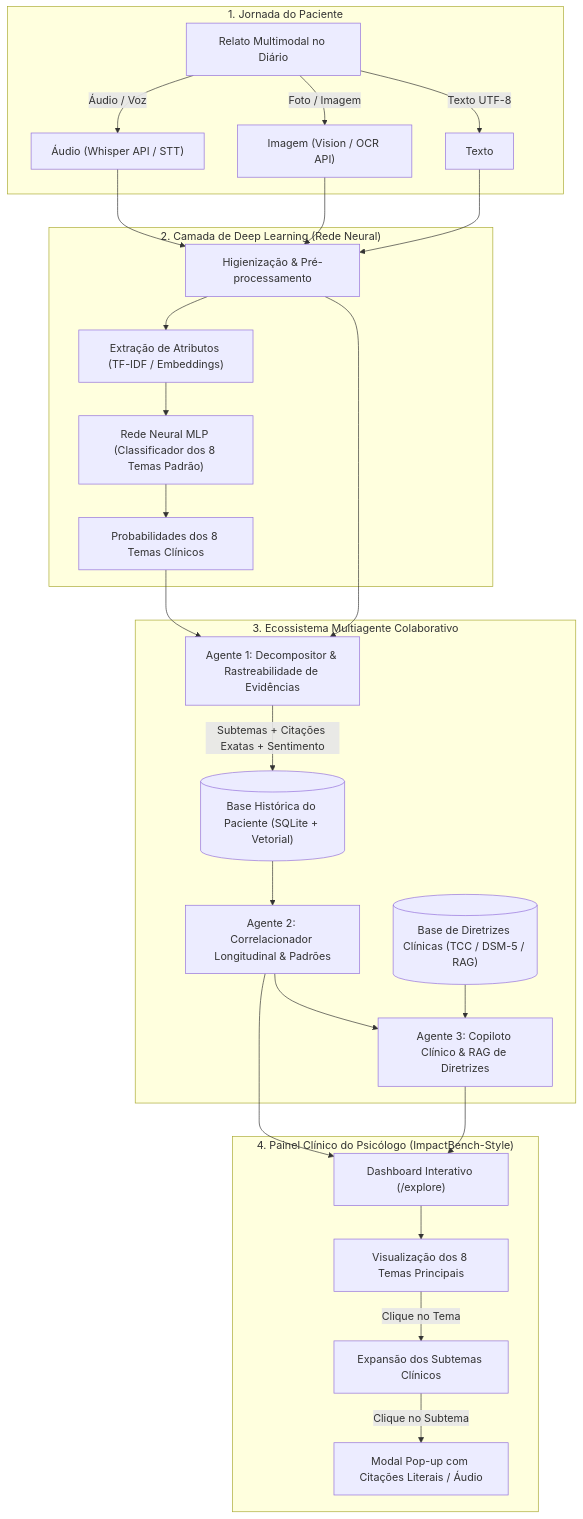
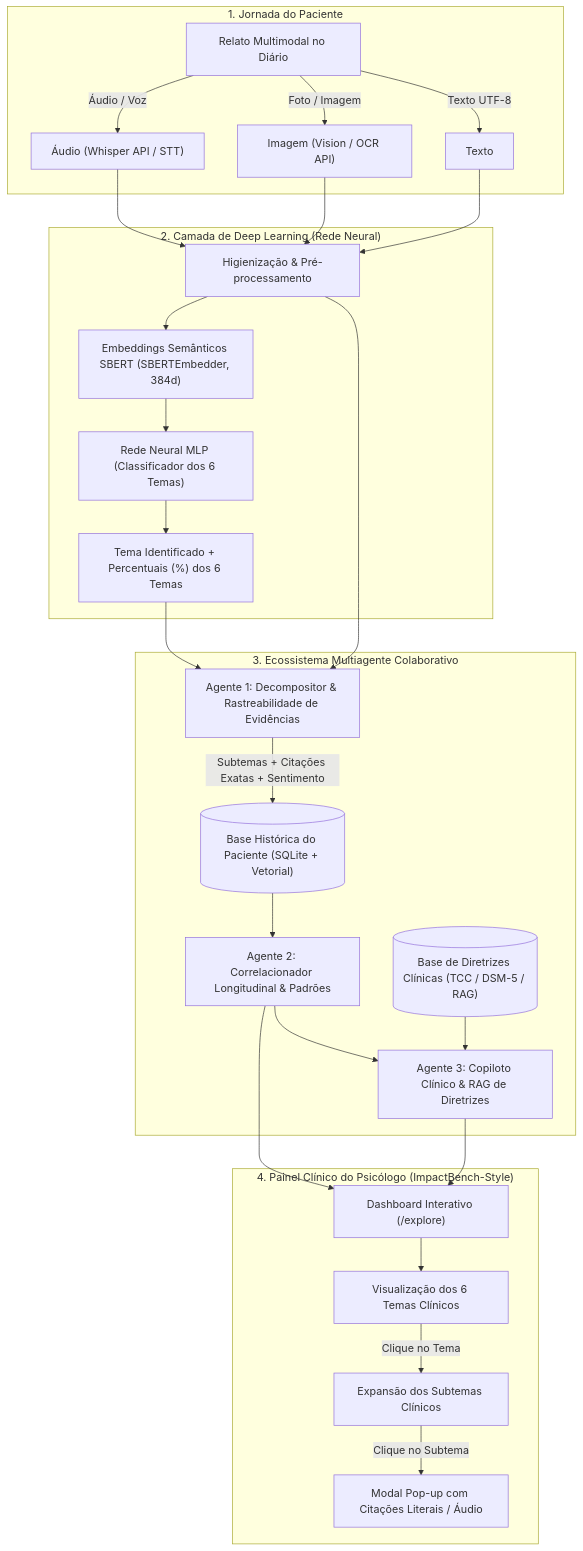
The diagram in docs/project-knowledge.md (007-Licensa-Para-Executar/challenge-2-base), drawn with Mermaid before and after one commit. The commit also changed other lines of this file and 18 other files, not shown here.

Commit message:
Refactor neural network implementation to classify 6 clinical themes using SBERT embeddings; update documentation and roadmap accordingly.

````diff
--- a/docs/project-knowledge.md
+++ b/docs/project-knowledge.md
@@ -34,39 +34,39 @@
 ```mermaid
 flowchart TD
     subgraph Paciente ["1. Jornada do Paciente"]
         P1["Relato Multimodal no Diário"]
         P1 -->|Texto UTF-8| IN_TEXT["Texto"]
         P1 -->|Áudio / Voz| IN_AUDIO["Áudio (Whisper API / STT)"]
         P1 -->|Foto / Imagem| IN_IMG["Imagem (Vision / OCR API)"]
     end
 
     IN_AUDIO --> SAN["Higienização & Pré-processamento"]
     IN_IMG --> SAN
     IN_TEXT --> SAN
 
     subgraph DeepLearning ["2. Camada de Deep Learning (Rede Neural)"]
-        SAN --> NN_FEAT["Extração de Atributos (TF-IDF / Embeddings)"]
-        NN_FEAT --> NN_MODEL["Rede Neural MLP (Classificador dos 8 Temas Padrão)"]
-        NN_MODEL --> NN_OUT["Probabilidades dos 8 Temas Clínicos"]
+        SAN --> NN_FEAT["Embeddings Semânticos SBERT (SBERTEmbedder, 384d)"]
+        NN_FEAT --> NN_MODEL["Rede Neural MLP (Classificador dos 6 Temas)"]
+        NN_MODEL --> NN_OUT["Tema Identificado + Percentuais (%) dos 6 Temas"]
     end
 
     subgraph MultiAgent ["3. Ecossistema Multiagente Colaborativo"]
         NN_OUT --> AG1["Agente 1: Decompositor & Rastreabilidade de Evidências"]
         SAN --> AG1
         
         AG1 -->|Subtemas + Citações Exatas + Sentimento| DB_PACIENTE[("Base Histórica do Paciente (SQLite + Vetorial)")]
         
         DB_PACIENTE --> AG2["Agente 2: Correlacionador Longitudinal & Padrões"]
         
         AG2 --> AG3["Agente 3: Copiloto Clínico & RAG de Diretrizes"]
         RAG_KB[("Base de Diretrizes Clínicas (TCC / DSM-5 / RAG)")] --> AG3
     end
 
     subgraph Psicologo ["4. Painel Clínico do Psicólogo (ImpactBench-Style)"]
         AG2 --> DASH["Dashboard Interativo (/explore)"]
         AG3 --> DASH
-        DASH --> V1["Visualização dos 8 Temas Principais"]
+        DASH --> V1["Visualização dos 6 Temas Clínicos"]
         V1 -->|Clique no Tema| V2["Expansão dos Subtemas Clínicos"]
         V2 -->|Clique no Subtema| MODAL["Modal Pop-up com Citações Literais / Áudio"]
     end
 ```
````
